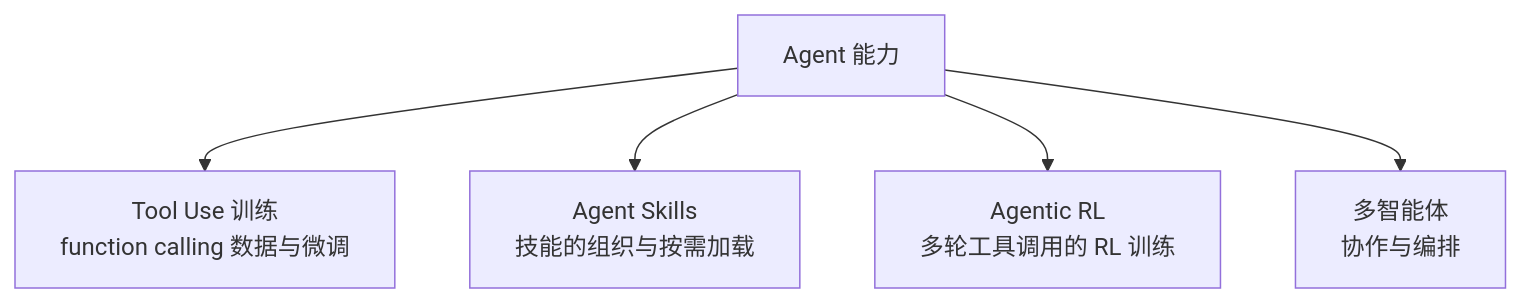
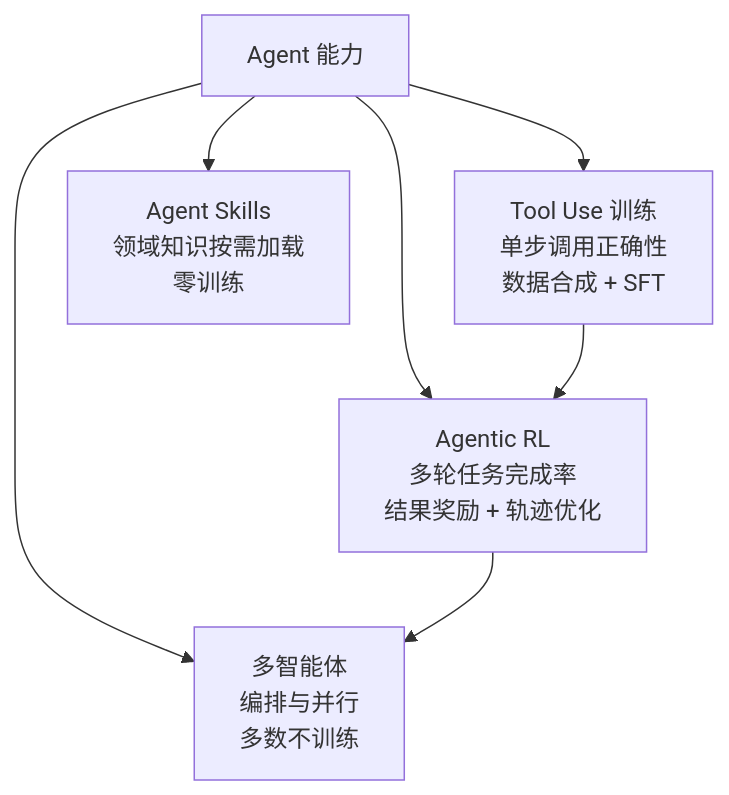
One commit to zhoujx4/llm-atlas changed the diagram in docs/agent/index.md. Above: the diagram before and after it, drawn with Mermaid. The commit also changed other lines of this file and 226 other files, not shown here.

````diff
--- a/docs/agent/index.md
+++ b/docs/agent/index.md
@@ -15,7 +20,9 @@
 ```mermaid
 flowchart TD
-    AGENT[Agent 能力] --> TU[Tool Use 训练<br/>function calling 数据与微调]
-    AGENT --> SKILL[Agent Skills<br/>技能的组织与按需加载]
-    AGENT --> ARL[Agentic RL<br/>多轮工具调用的 RL 训练]
-    AGENT --> MA[多智能体<br/>协作与编排]
+    AGENT[Agent 能力] --> TU[Tool Use 训练<br/>单步调用正确性<br/>数据合成 + SFT]
+    AGENT --> ARL[Agentic RL<br/>多轮任务完成率<br/>结果奖励 + 轨迹优化]
+    AGENT --> MA[多智能体<br/>编排与并行<br/>多数不训练]
+    AGENT --> SKILL[Agent Skills<br/>领域知识按需加载<br/>零训练]
+    TU --> ARL
+    ARL --> MA
 ```
````
